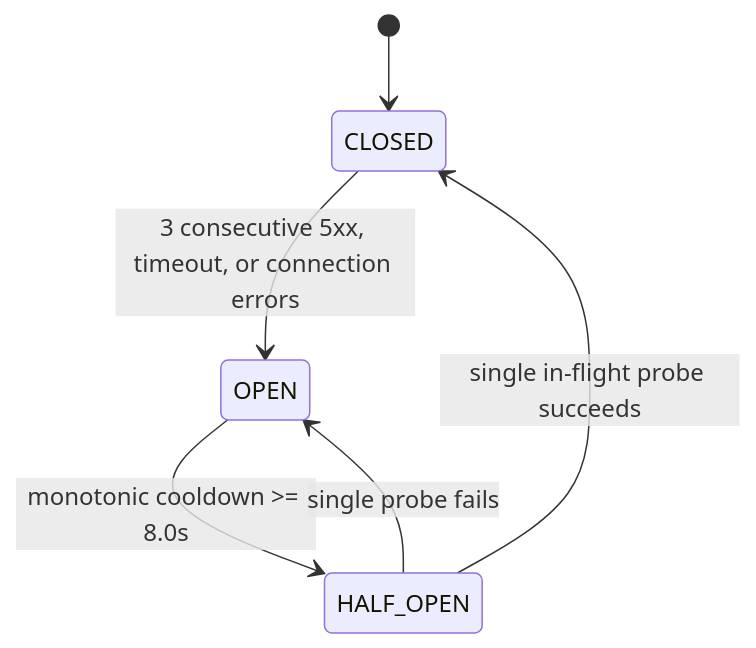
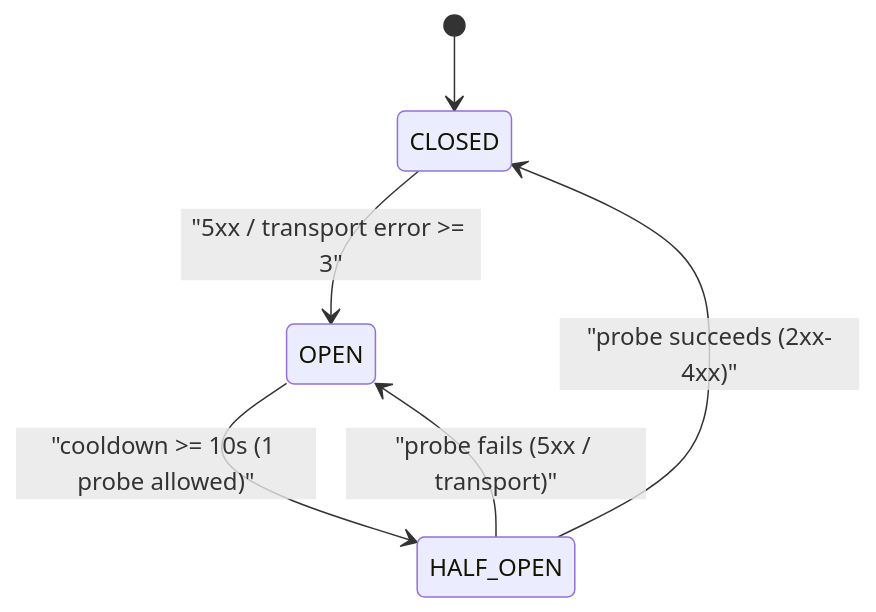
Before and after one commit to Bisher-eng-1/microservices-reliability-project: the second of 2 diagrams in README.md, drawn with Mermaid. The commit also changed other lines of this file, not shown here.

````diff
--- a/README.md
+++ b/README.md
@@ -33,8 +82,8 @@
 ```mermaid
 stateDiagram-v2
     [*] --> CLOSED
-    CLOSED --> OPEN: 3 consecutive 5xx, timeout, or connection errors
-    OPEN --> HALF_OPEN: monotonic cooldown >= 8.0s
-    HALF_OPEN --> CLOSED: single in-flight probe succeeds
-    HALF_OPEN --> OPEN: single probe fails
+    CLOSED --> OPEN: "5xx / transport error >= 3"
+    OPEN --> HALF_OPEN: "cooldown >= 10s (1 probe allowed)"
+    HALF_OPEN --> CLOSED: "probe succeeds (2xx-4xx)"
+    HALF_OPEN --> OPEN: "probe fails (5xx / transport)"
 ```
````
